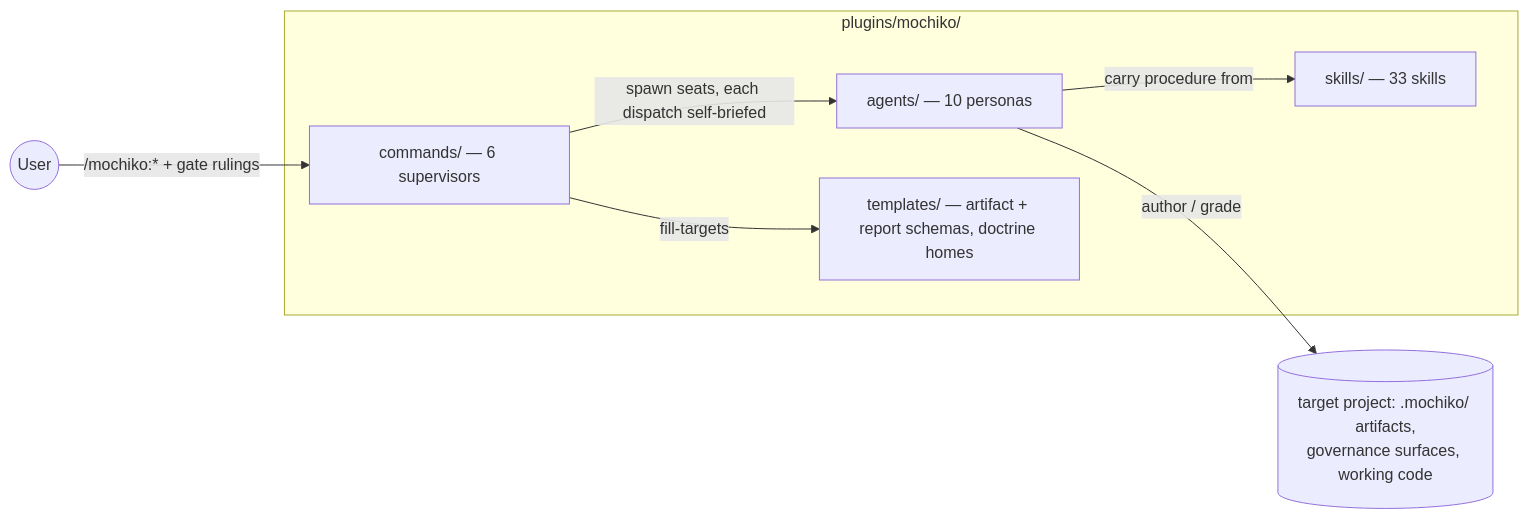
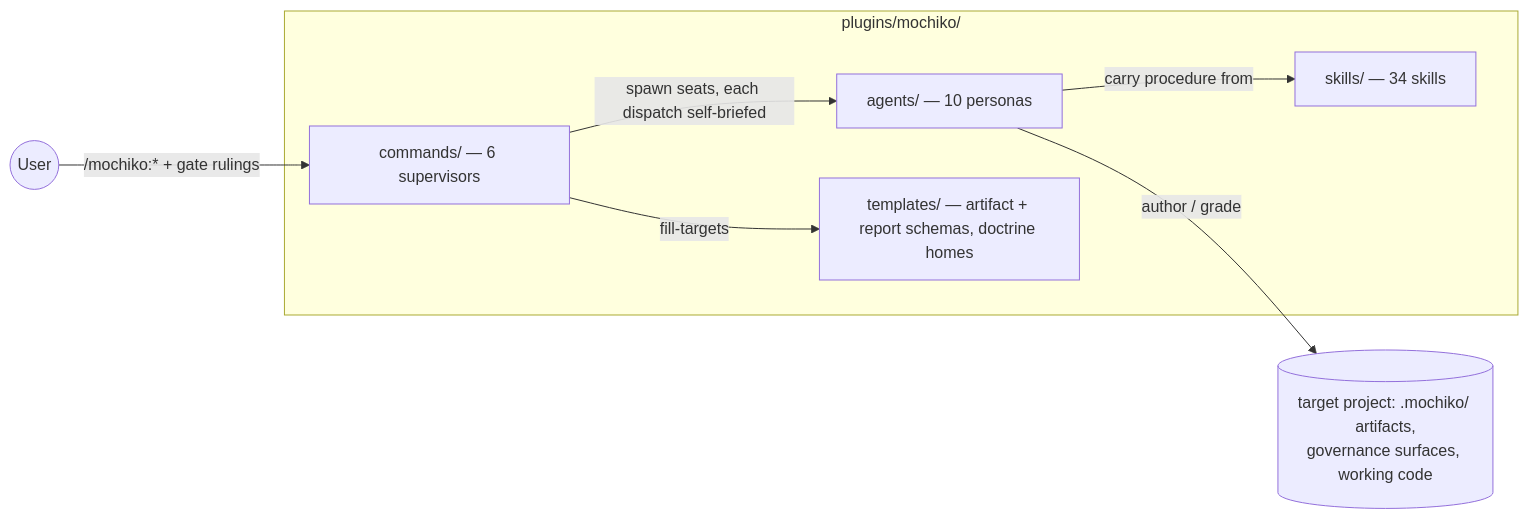
The first of 7 diagrams in ARCHITECTURE.md (humaninloop-dev/mochiko), drawn with Mermaid before and after one commit. The commit also changed other lines of this file and 23 other files, not shown here.

````diff
--- a/ARCHITECTURE.md
+++ b/ARCHITECTURE.md
@@ -20,15 +20,15 @@
 ```mermaid
 flowchart LR
   user(("User"))
   user -->|"/mochiko:* + gate rulings"| commands
   subgraph plugin ["plugins/mochiko/"]
     commands["commands/ — 6 supervisors"]
     agents["agents/ — 10 personas"]
-    skills["skills/ — 33 skills"]
+    skills["skills/ — 34 skills"]
     templates["templates/ — artifact + report schemas, doctrine homes"]
     commands -->|"spawn seats, each dispatch self-briefed"| agents
     agents -->|"carry procedure from"| skills
     commands -->|"fill-targets"| templates
   end
   agents -->|"author / grade"| target[("target project: .mochiko/ artifacts,<br/>governance surfaces, working code")]
 ```
````
